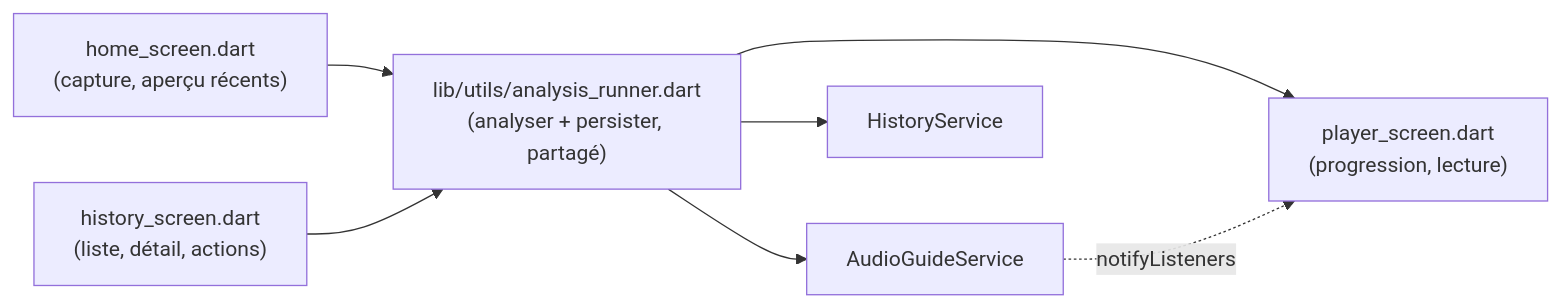
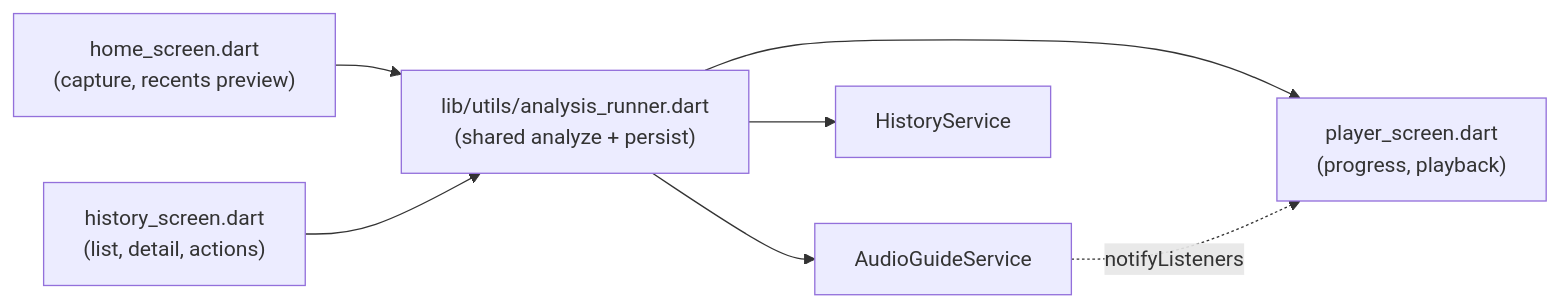
The third of 3 diagrams in ARCHITECTURE.md (Nohzoh/AudioLens), drawn with Mermaid before and after one commit. The commit also changed other lines of this file and 7 other files, not shown here.

````diff
--- a/ARCHITECTURE.md
+++ b/ARCHITECTURE.md
@@ -149,14 +149,14 @@
 ```mermaid
 flowchart LR
-    Home["home_screen.dart\n(capture, aperçu récents)"]
-    History["history_screen.dart\n(liste, détail, actions)"]
-    Player["player_screen.dart\n(progression, lecture)"]
-    Runner["lib/utils/analysis_runner.dart\n(analyser + persister, partagé)"]
+    Home["home_screen.dart\n(capture, recents preview)"]
+    History["history_screen.dart\n(list, detail, actions)"]
+    Player["player_screen.dart\n(progress, playback)"]
+    Runner["lib/utils/analysis_runner.dart\n(shared analyze + persist)"]
 
     Home --> Runner
     History --> Runner
     Runner --> AudioGuideService
     Runner --> HistoryService
     Runner --> Player
     AudioGuideService -. notifyListeners .-> Player
 ```
````
